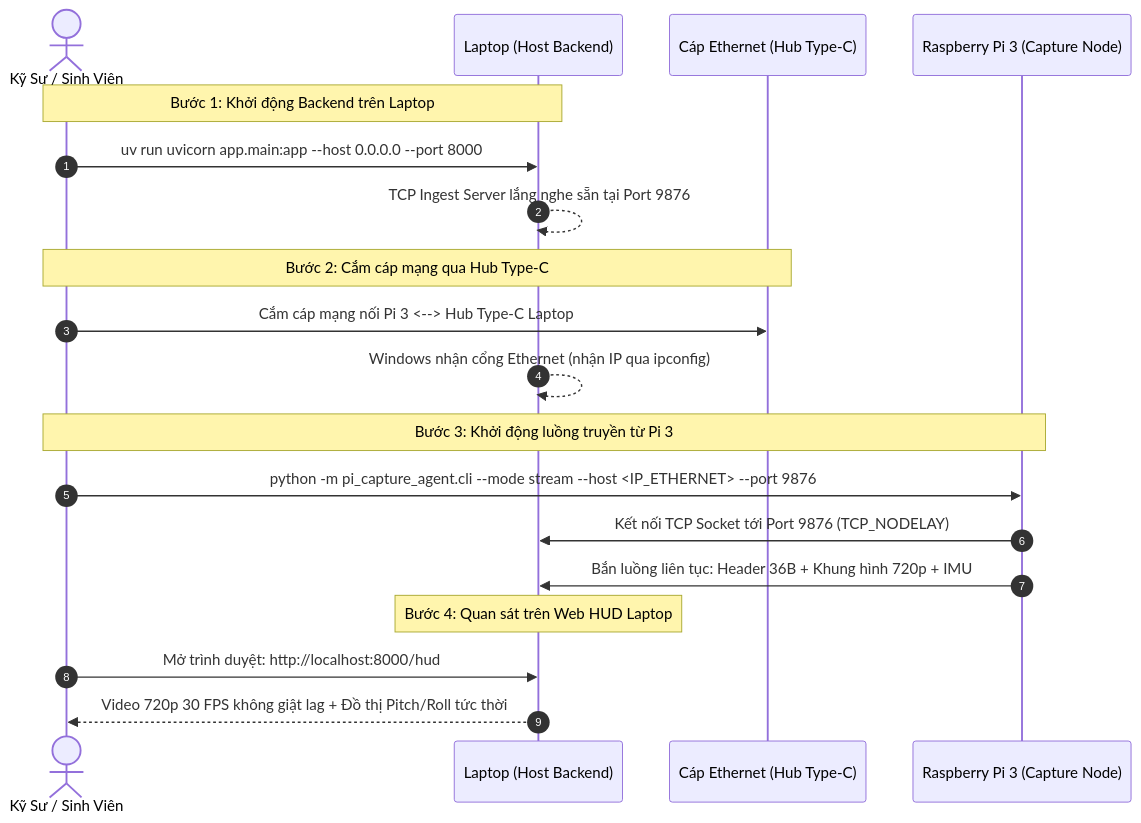
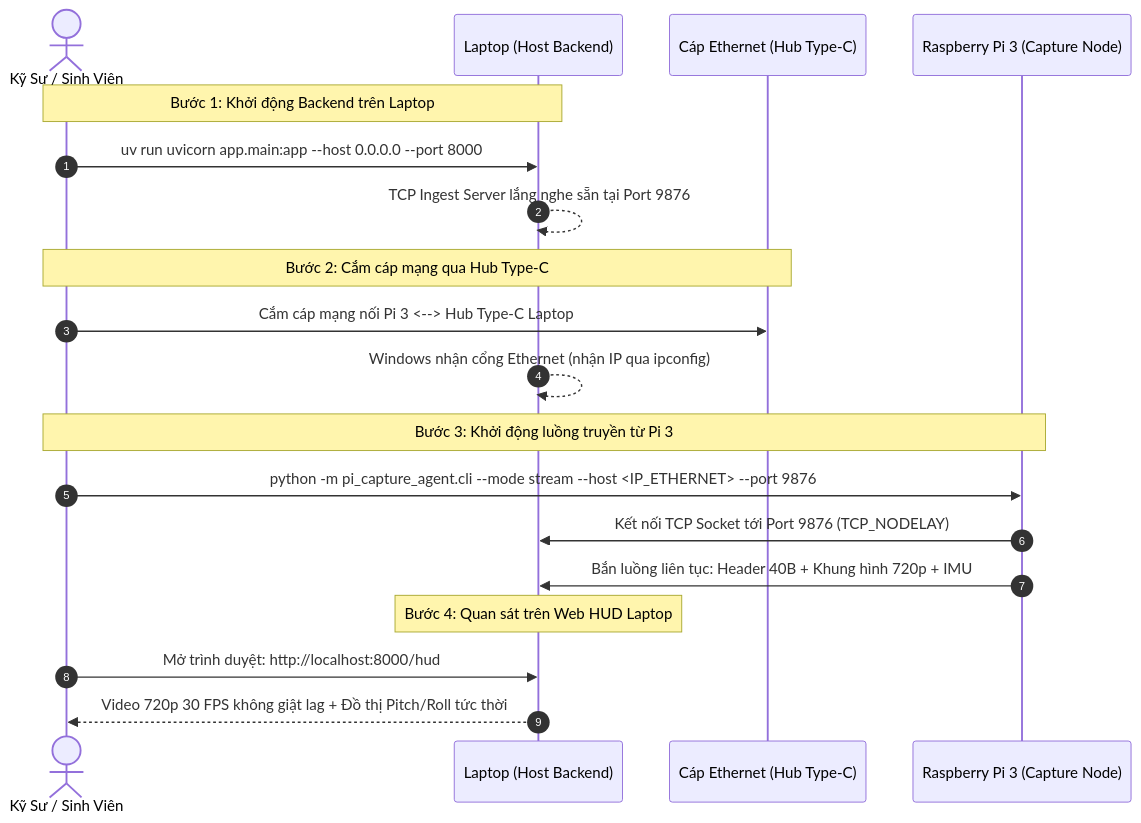
The second of 2 diagrams in docs/implementation/release-1/guide/06-laptop-simulation-and-ethernet-streaming-plan.md (phamvantienkiz/monocular-spatial-vision), drawn with Mermaid before and after one commit. The commit also changed other lines of this file and 19 other files, not shown here.

````diff
--- a/docs/implementation/release-1/guide/06-laptop-simulation-and-ethernet-streaming-plan.md
+++ b/docs/implementation/release-1/guide/06-laptop-simulation-and-ethernet-streaming-plan.md
@@ -124,25 +124,25 @@
 ```mermaid
 sequenceDiagram
     autonumber
     actor USER as Kỹ Sư / Sinh Viên
     participant PC as Laptop (Host Backend)
     participant ETH as Cáp Ethernet (Hub Type-C)
     participant PI as Raspberry Pi 3 (Capture Node)
 
     Note over USER,PC: Bước 1: Khởi động Backend trên Laptop
     USER->>PC: uv run uvicorn app.main:app --host 0.0.0.0 --port 8000
     PC-->>PC: TCP Ingest Server lắng nghe sẵn tại Port 9876
 
     Note over USER,ETH: Bước 2: Cắm cáp mạng qua Hub Type-C
     USER->>ETH: Cắm cáp mạng nối Pi 3 <--> Hub Type-C Laptop
     PC-->>PC: Windows nhận cổng Ethernet (nhận IP qua ipconfig)
 
     Note over USER,PI: Bước 3: Khởi động luồng truyền từ Pi 3
     USER->>PI: python -m pi_capture_agent.cli --mode stream --host <IP_ETHERNET> --port 9876
     PI->>PC: Kết nối TCP Socket tới Port 9876 (TCP_NODELAY)
-    PI->>PC: Bắn luồng liên tục: Header 36B + Khung hình 720p + IMU
+    PI->>PC: Bắn luồng liên tục: Header 40B + Khung hình 720p + IMU
 
     Note over PC: Bước 4: Quan sát trên Web HUD Laptop
     USER->>PC: Mở trình duyệt: http://localhost:8000/hud
     PC-->>USER: Video 720p 30 FPS không giật lag + Đồ thị Pitch/Roll tức thời
 ```
````
